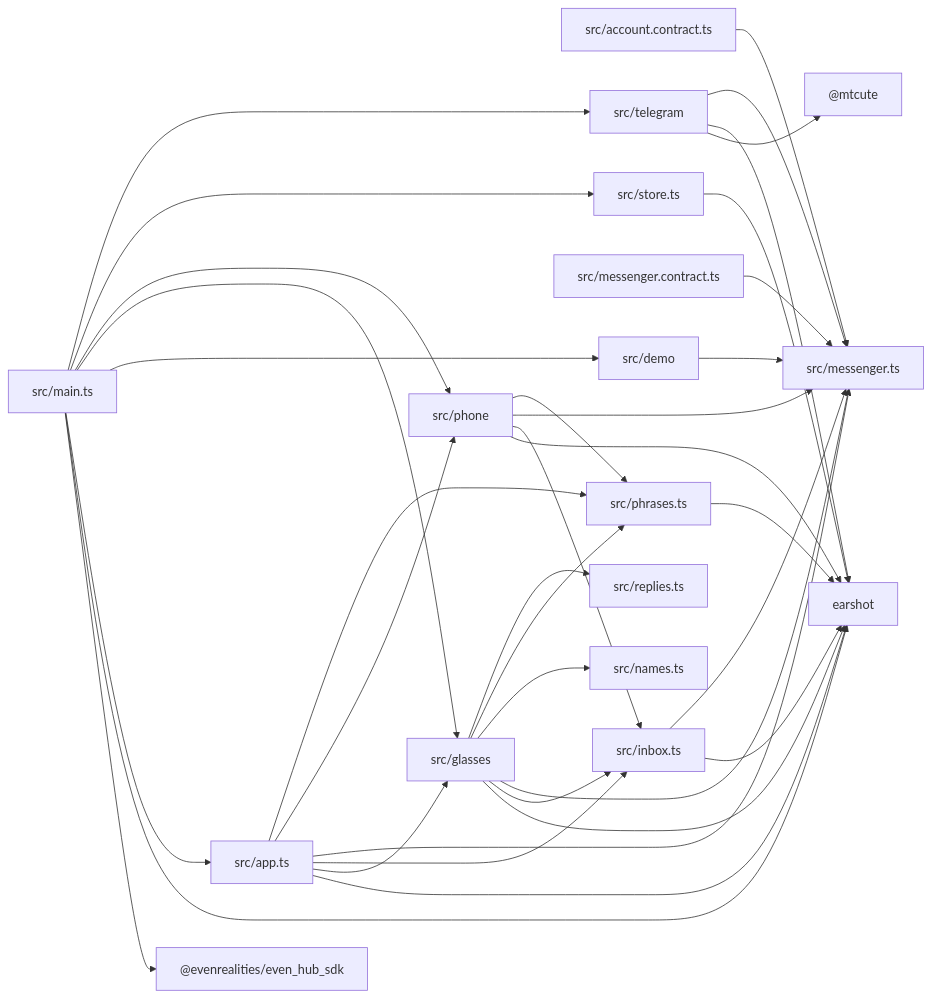
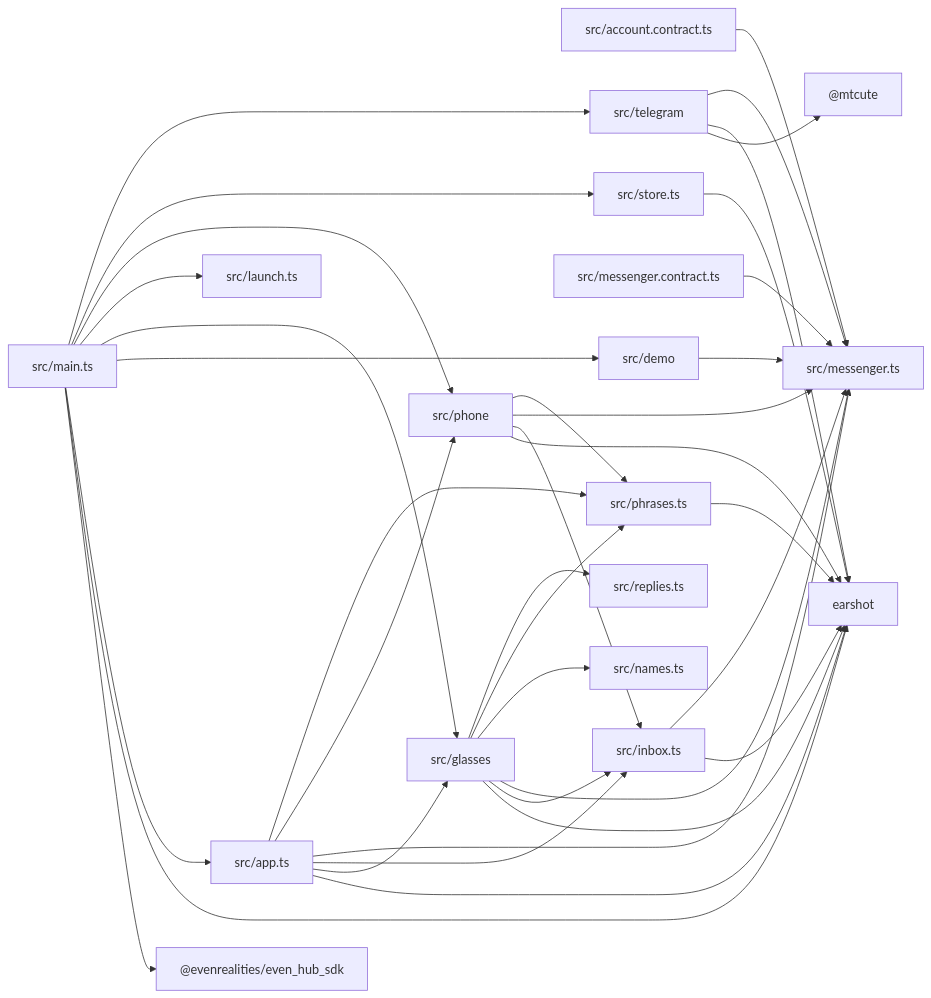
One commit to jarekbird/paper-plane changed the second of 2 diagrams in docs/architecture.md. Above: the diagram before and after it, drawn with Mermaid. The commit also changed 18 other files, not shown here.

````diff
--- a/docs/architecture.md
+++ b/docs/architecture.md
@@ -67,54 +67,56 @@
 ```mermaid
 flowchart LR
   _evenrealities_even_hub_sdk["@evenrealities/even_hub_sdk"]
   _mtcute["@mtcute"]
   earshot["earshot"]
   src_account_contract_ts["src/account.contract.ts"]
   src_app_ts["src/app.ts"]
   src_demo["src/demo"]
   src_glasses["src/glasses"]
   src_inbox_ts["src/inbox.ts"]
+  src_launch_ts["src/launch.ts"]
   src_main_ts["src/main.ts"]
   src_messenger_contract_ts["src/messenger.contract.ts"]
   src_messenger_ts["src/messenger.ts"]
   src_names_ts["src/names.ts"]
   src_phone["src/phone"]
   src_phrases_ts["src/phrases.ts"]
   src_replies_ts["src/replies.ts"]
   src_store_ts["src/store.ts"]
   src_telegram["src/telegram"]
   src_account_contract_ts --> src_messenger_ts
   src_app_ts --> earshot
   src_app_ts --> src_glasses
   src_app_ts --> src_inbox_ts
   src_app_ts --> src_messenger_ts
   src_app_ts --> src_phone
   src_app_ts --> src_phrases_ts
   src_demo --> src_messenger_ts
   src_glasses --> earshot
   src_glasses --> src_inbox_ts
   src_glasses --> src_messenger_ts
   src_glasses --> src_names_ts
   src_glasses --> src_phrases_ts
   src_glasses --> src_replies_ts
   src_inbox_ts --> earshot
   src_inbox_ts --> src_messenger_ts
   src_main_ts --> _evenrealities_even_hub_sdk
   src_main_ts --> earshot
   src_main_ts --> src_app_ts
   src_main_ts --> src_demo
   src_main_ts --> src_glasses
+  src_main_ts --> src_launch_ts
   src_main_ts --> src_phone
   src_main_ts --> src_store_ts
   src_main_ts --> src_telegram
   src_messenger_contract_ts --> src_messenger_ts
   src_phone --> earshot
   src_phone --> src_inbox_ts
   src_phone --> src_messenger_ts
   src_phone --> src_phrases_ts
   src_phrases_ts --> earshot
   src_store_ts --> earshot
   src_telegram --> _mtcute
   src_telegram --> earshot
   src_telegram --> src_messenger_ts
 ```
````
